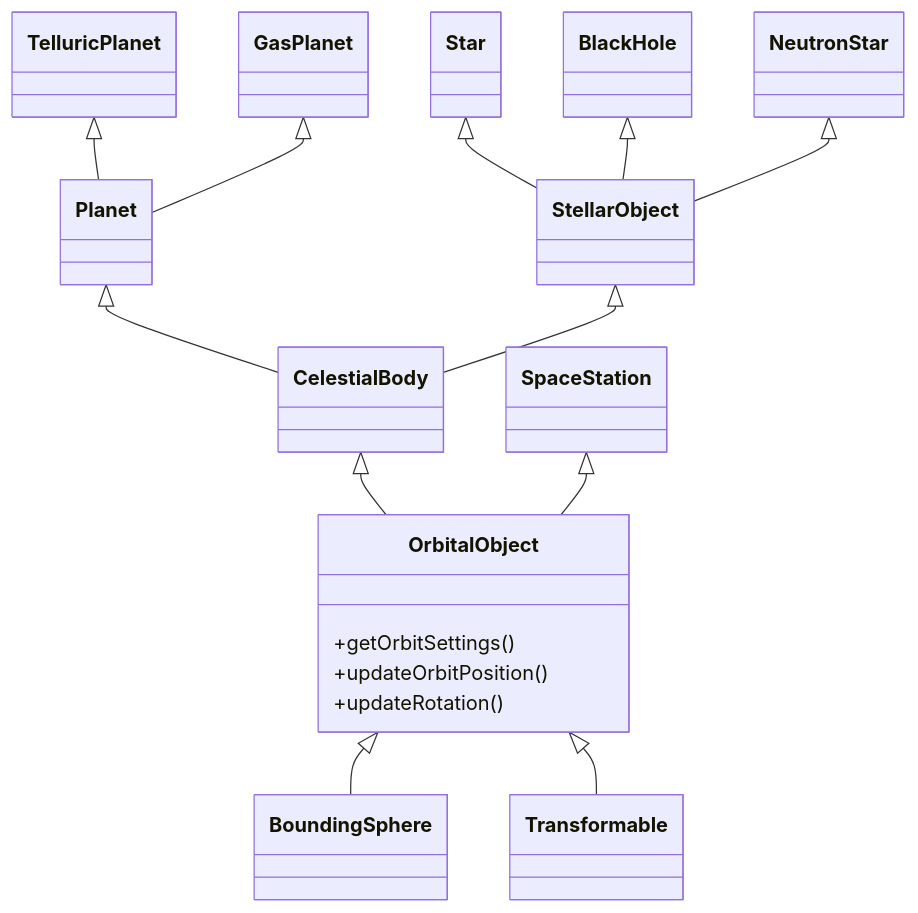
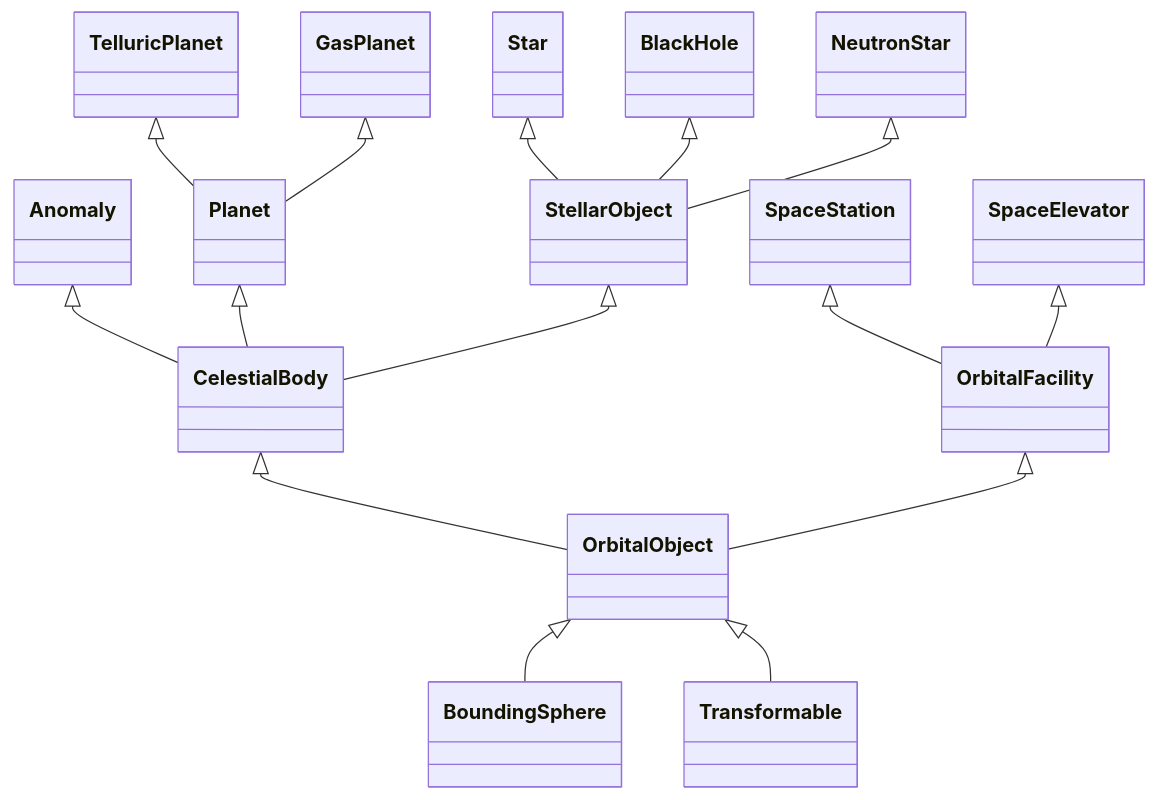
One commit to BarthPaleologue/CosmosJourneyer changed the second of 2 diagrams in ARCHITECTURE.md. Above: the diagram before and after it, drawn with Mermaid. The commit also changed other lines of this file, not shown here.

First line of the commit message:
Update ARCHITECTURE.md

````diff
--- a/ARCHITECTURE.md
+++ b/ARCHITECTURE.md
@@ -60,22 +58,22 @@
 ```mermaid
 
 classDiagram
-    class OrbitalObject {
-        +getOrbitSettings()
-        +updateOrbitPosition()
-        +updateRotation()
-    }
-
+    OrbitalObject
     TelluricPlanet <|-- Planet
     GasPlanet <|-- Planet
     Star <|-- StellarObject
     BlackHole <|-- StellarObject
     NeutronStar <|-- StellarObject
+    Anomaly <|-- CelestialBody
     Planet <|-- CelestialBody
     StellarObject <|-- CelestialBody
+    SpaceStation <|-- OrbitalFacility
+    SpaceElevator <|-- OrbitalFacility
+
     CelestialBody <|-- OrbitalObject
-    SpaceStation <|-- OrbitalObject
+    OrbitalFacility <|-- OrbitalObject
+
     OrbitalObject <|-- BoundingSphere
     OrbitalObject <|-- Transformable
 
 ```
````
